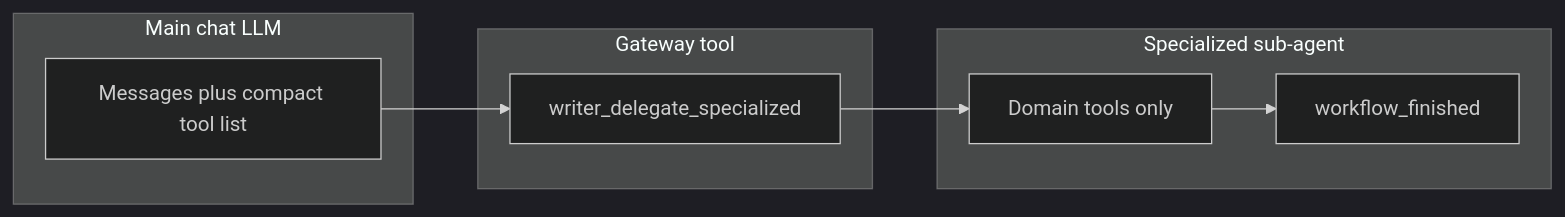
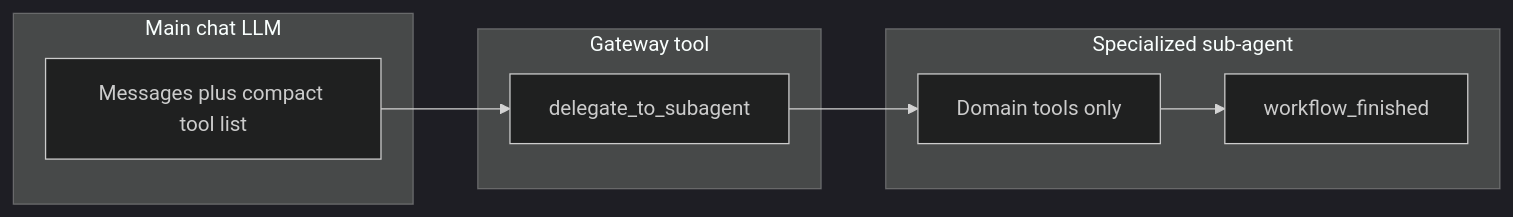
The diagram in docs/writer/specialized-toolsets.md (KeithCu/writeragent), drawn with Mermaid (dark theme) before and after one commit. The commit also changed other lines of this file and 89 other files, not shown here.

````diff
--- a/docs/writer/specialized-toolsets.md
+++ b/docs/writer/specialized-toolsets.md
@@ -189,16 +189,16 @@
 ```mermaid
 flowchart LR
   subgraph main [Main chat LLM]
     M[Messages plus compact tool list]
   end
   subgraph gateway [Gateway tool]
-    D[writer_delegate_specialized]
+    D[delegate_to_subagent]
   end
   subgraph sub [Specialized sub-agent]
     T[Domain tools only]
     F[workflow_finished]
   end
   M --> D
   D --> T
   T --> F
 ```
````
